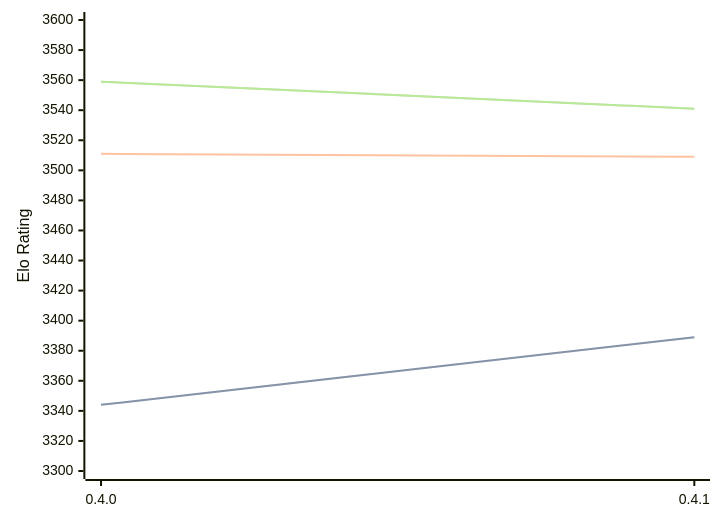
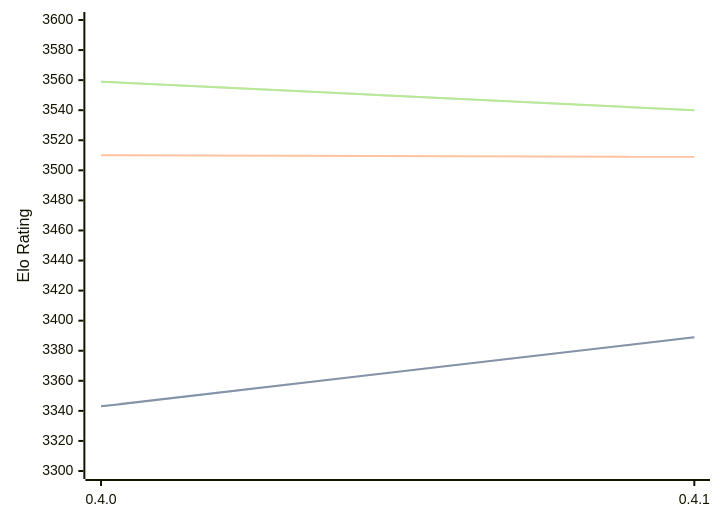
The diagram in engines/Cinder.md (computer-chess-index/cci), drawn with Mermaid before and after one commit. The commit also changed other lines of this file, not shown here.

Commit message:
Update CCI Ratings (ELO VLTC) - 2026-04-17

````diff
--- a/engines/Cinder.md
+++ b/engines/Cinder.md
@@ -40,11 +40,11 @@
 ```mermaid
 %%{init: {"theme":"base","themeVariables":{"seriesColors:['#a3a3a3','#222221','#faa371']}}}%%
 xychart-beta
   x-axis ["0.4.0", "0.4.1"]
   y-axis "Elo Rating" 3300 --> 3600
-  line "STC (8.0+0.08s)" [3344, 3389]
-  line "STC (8.0+0.08s)" [3344, 3389]
-  line "LTC (60.0+0.60s)" [3511, 3509]
-  line "VLTC (2m24s+1.12s)" [3559, 3541]
-  line "VLTC (2m24s+1.12s)" [3559, 3541]
+  line "STC (8.0+0.08s)" [3343, 3389]
+  line "STC (8.0+0.08s)" [3343, 3389]
+  line "LTC (60.0+0.60s)" [3510, 3509]
+  line "VLTC (2m24s+1.12s)" [3559, 3540]
+  line "VLTC (2m24s+1.12s)" [3559, 3540]
 ```
````
